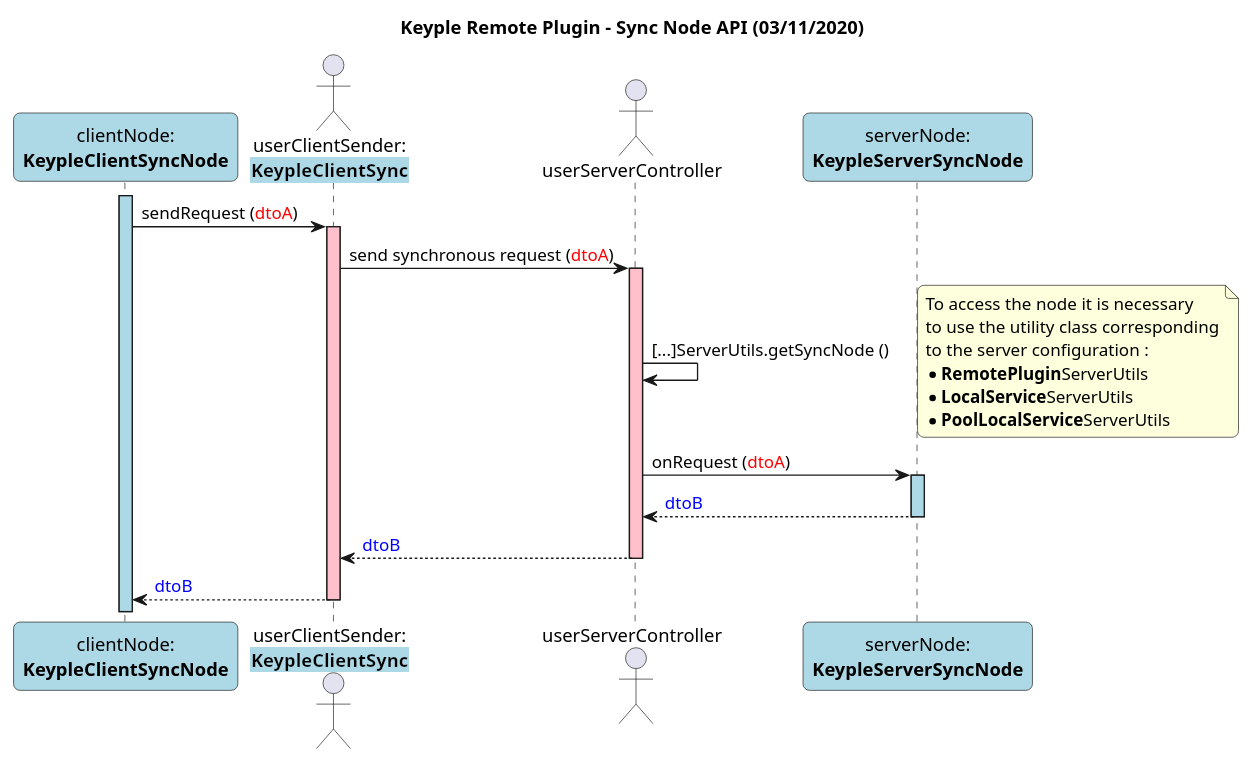
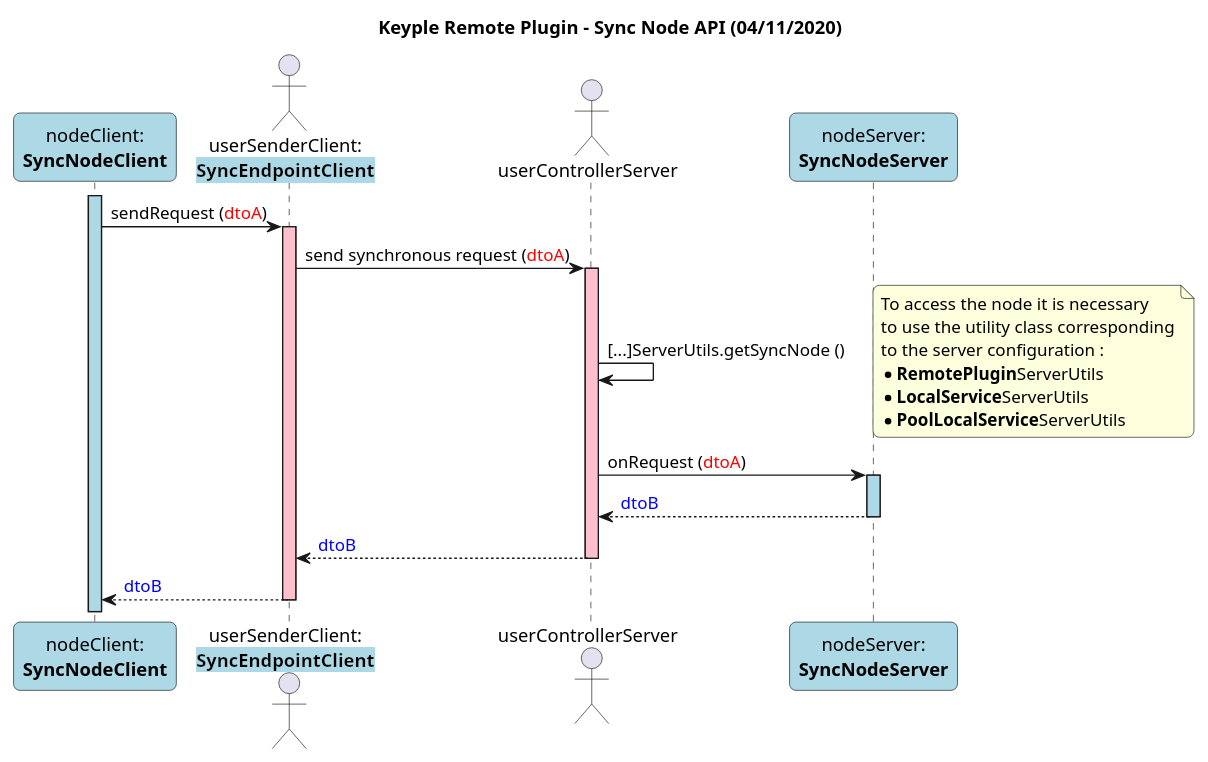
The diagram in media/remote-plugin/sequence/Remote_Sequence_SyncNode_API.puml (yvonneyam/keyple-website), drawn with PlantUML before and after one commit. The commit also changed 14 other files, not shown here.

```diff
--- a/media/remote-plugin/sequence/Remote_Sequence_SyncNode_API.puml
+++ b/media/remote-plugin/sequence/Remote_Sequence_SyncNode_API.puml
@@ -1,42 +1,42 @@
 @startuml
 
 title
-    Keyple Remote Plugin - Sync Node API (03/11/2020)
+    Keyple Remote Plugin - Sync Node API (04/11/2020)
 end title
 
 ' == THEME ==
 
 skinparam Shadowing false
 skinparam RoundCorner 10
 
 ' == CONTENT ==
 
-participant "clientNode:\n**KeypleClientSyncNode**" as clientNode #LightBlue
-actor "userClientSender:\n**<back:LightBlue>KeypleClientSync**" as userClientSender
+participant "nodeClient:\n**SyncNodeClient**" as nodeClient #LightBlue
+actor "userSenderClient:\n**<back:LightBlue>SyncEndpointClient**" as userSenderClient
 
-actor "userServerController" as userServerController
-participant "serverNode:\n**KeypleServerSyncNode**" as serverNode #LightBlue
+actor "userControllerServer" as userControllerServer
+participant "nodeServer:\n**SyncNodeServer**" as nodeServer #LightBlue
 
-activate clientNode #LightBlue
-clientNode -> userClientSender : sendRequest (<color:red>dtoA</color>)
-activate userClientSender #Pink
-userClientSender -> userServerController : send synchronous request (<color:red>dtoA</color>)
+activate nodeClient #LightBlue
+nodeClient -> userSenderClient : sendRequest (<color:red>dtoA</color>)
+activate userSenderClient #Pink
+userSenderClient -> userControllerServer : send synchronous request (<color:red>dtoA</color>)
 
-activate userServerController #Pink
-userServerController -> userServerController : [...]ServerUtils.getSyncNode ()
+activate userControllerServer #Pink
+userControllerServer -> userControllerServer : [...]ServerUtils.getSyncNode ()
 note right
     To access the node it is necessary
     to use the utility class corresponding
     to the server configuration :
     * **RemotePlugin**ServerUtils
     * **LocalService**ServerUtils
     * **PoolLocalService**ServerUtils
 end note
-userServerController -> serverNode : onRequest (<color:red>dtoA</color>)
-activate serverNode #LightBlue
+userControllerServer -> nodeServer : onRequest (<color:red>dtoA</color>)
+activate nodeServer #LightBlue
 return <color:blue>dtoB</color>
 return <color:blue>dtoB</color>
 return <color:blue>dtoB</color>
 
 
 @enduml
```
